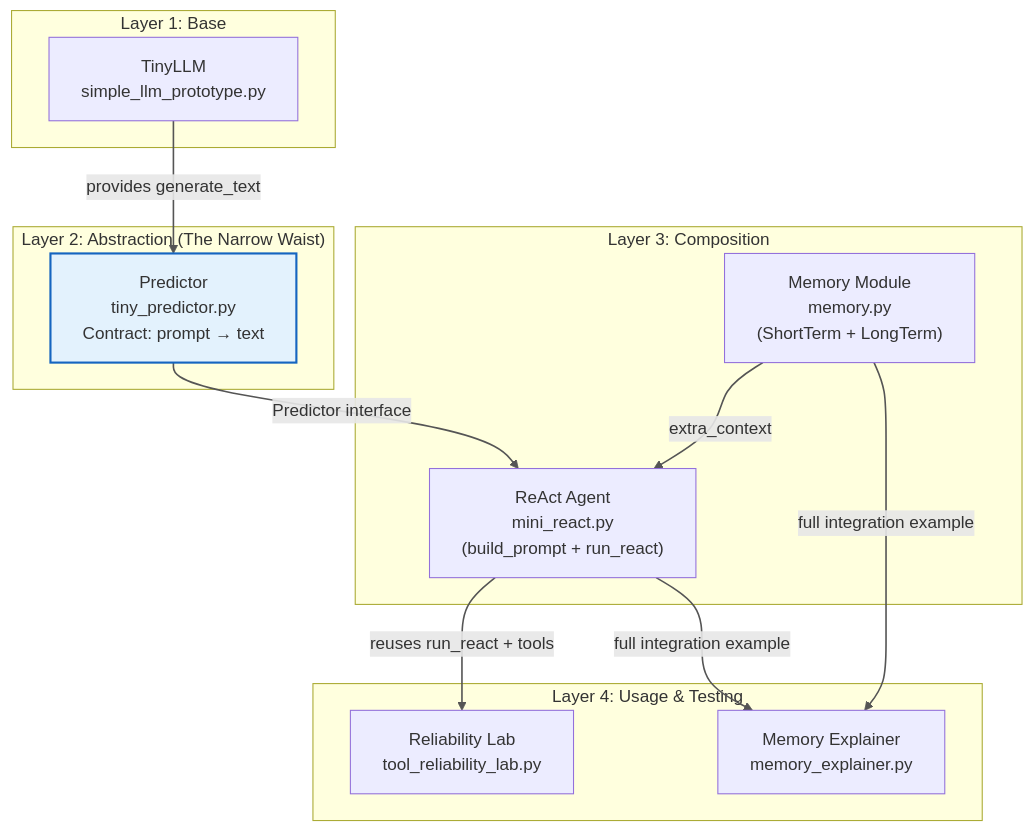
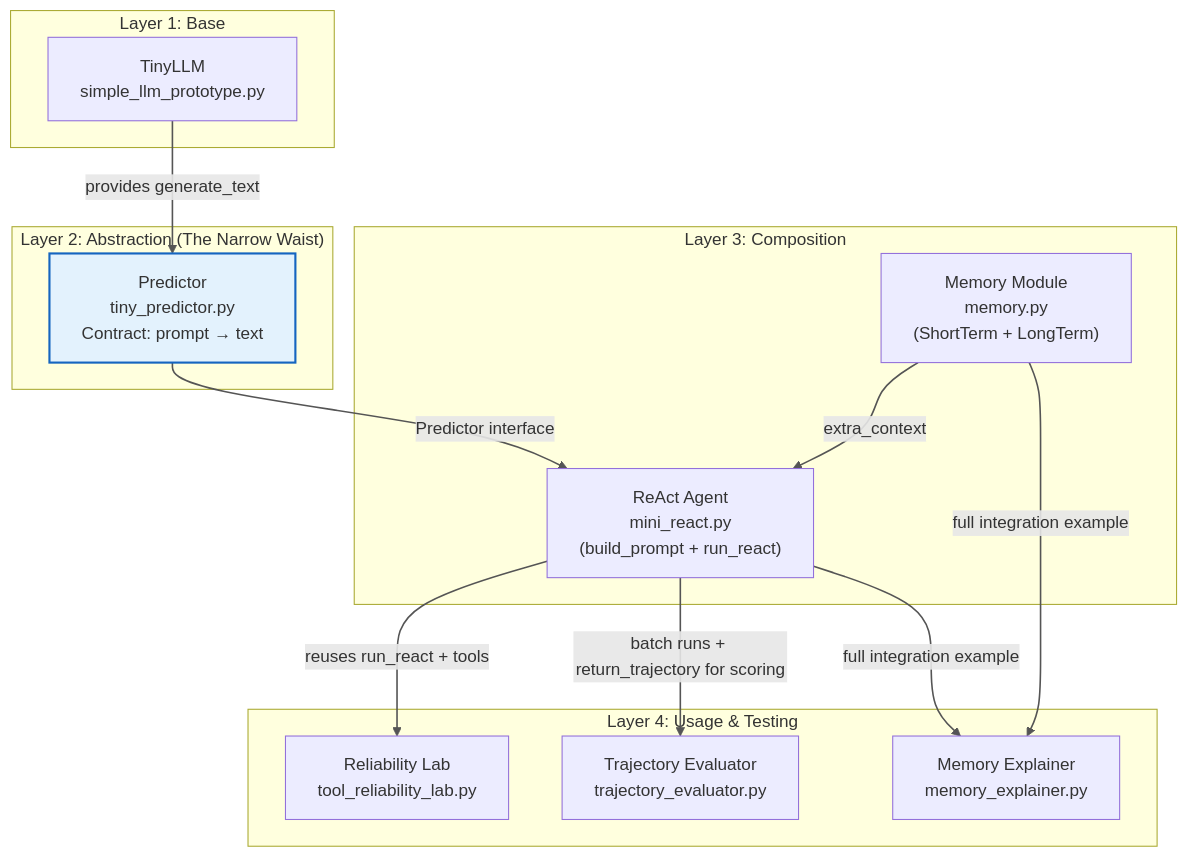
The first of 8 diagrams in llm/architecture.md (p10ns11y/prototype-it-to-explain-itself), drawn with Mermaid before and after one commit. The commit also changed other lines of this file and 5 other files, not shown here.

First line of the commit message:
feat(proto-4): add Agent Trajectory Evaluator (trajectory_evaluator.py)

````diff
--- a/llm/architecture.md
+++ b/llm/architecture.md
@@ -26,36 +26,38 @@
 ```mermaid
 flowchart TD
     %% Layers
     subgraph Base["Layer 1: Base"]
         TinyLLM["TinyLLM<br/>simple_llm_prototype.py"]
     end
 
     subgraph Abstraction["Layer 2: Abstraction (The Narrow Waist)"]
         Predictor["Predictor<br/>tiny_predictor.py<br/>Contract: prompt → text"]
     end
 
     subgraph Composition["Layer 3: Composition"]
         ReAct["ReAct Agent<br/>mini_react.py<br/>(build_prompt + run_react)"]
         Memory["Memory Module<br/>memory.py<br/>(ShortTerm + LongTerm)"]
     end
 
     subgraph Usage["Layer 4: Usage & Testing"]
         Lab["Reliability Lab<br/>tool_reliability_lab.py"]
+        Evaluator["Trajectory Evaluator<br/>trajectory_evaluator.py"]
         Explainer["Memory Explainer<br/>memory_explainer.py"]
     end
 
     %% Static dependencies (what imports what)
     TinyLLM -->|provides generate_text| Predictor
     Predictor -->|Predictor interface| ReAct
     Memory -->|extra_context| ReAct
 
     %% Runtime usage (what consumes the composed system)
     ReAct -->|reuses run_react + tools| Lab
+    ReAct -->|batch runs + return_trajectory for scoring| Evaluator
     ReAct & Memory -->|full integration example| Explainer
 
     %% Legend / notes
     classDef waist fill:#e3f2fd,stroke:#1565c0,stroke-width:2px
     class Predictor waist
 
     linkStyle default stroke:#555,stroke-width:1.5px
 ```
````
